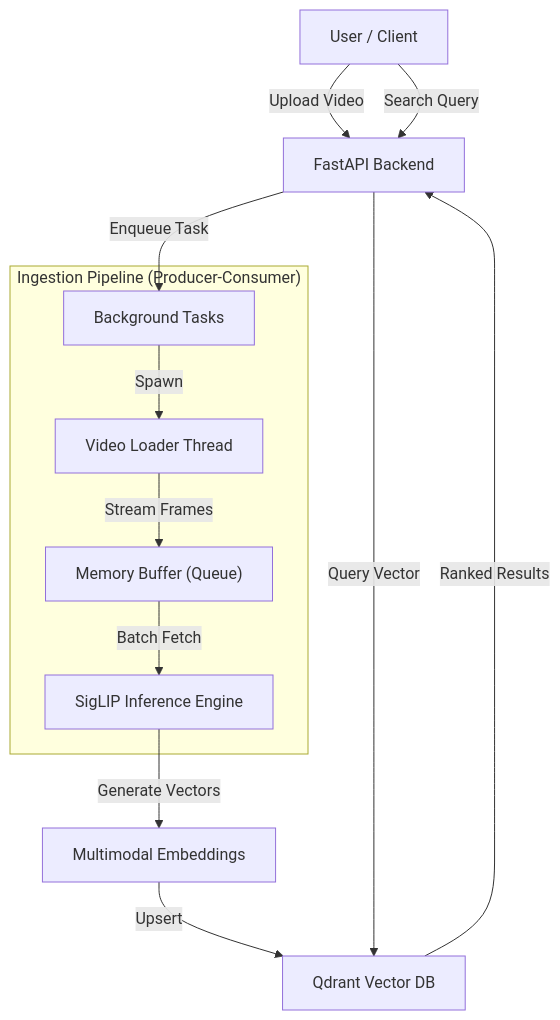
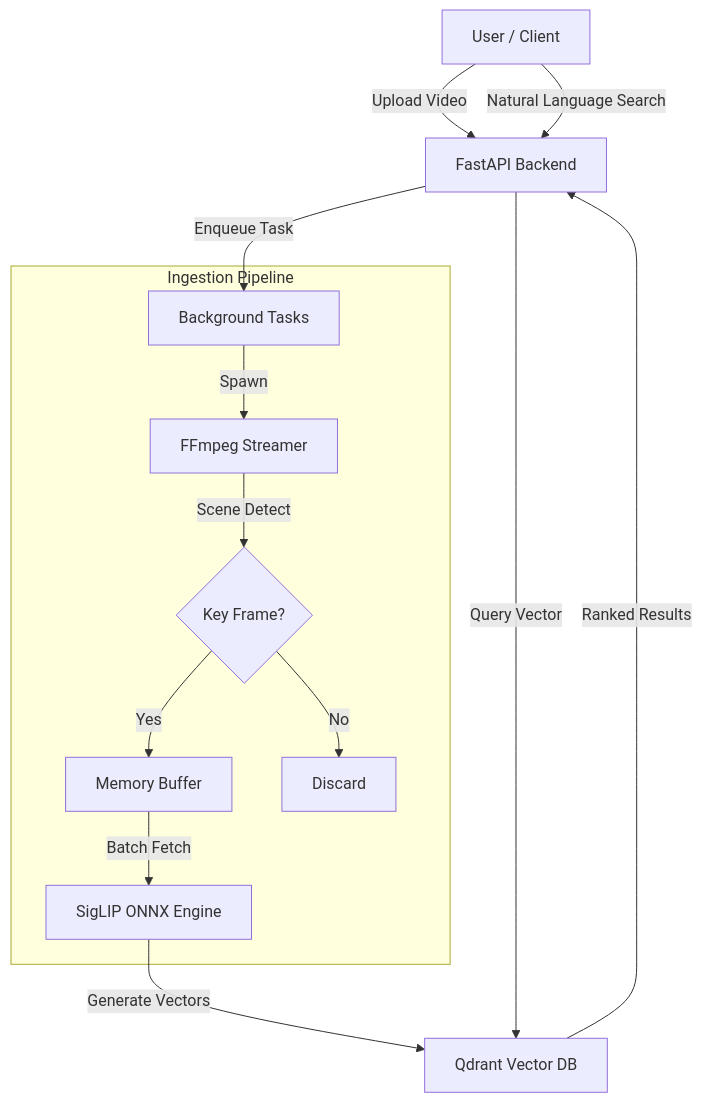
Before and after one commit to A16651/Semantic_Video_Search: the diagram in README.md, drawn with Mermaid. The commit also changed other lines of this file and 9 other files, not shown here.

Commit message:
feat: implement video processing pipeline with scene detection, INT8 model quantization support, and Qdrant database integration.

````diff
--- a/README.md
+++ b/README.md
@@ -29,19 +46,19 @@
 ```mermaid
 graph TD
     User[User / Client] -->|Upload Video| API[FastAPI Backend]
     API -->|Enqueue Task| TaskQueue[Background Tasks]
     
-    subgraph "Ingestion Pipeline (Producer-Consumer)"
-        TaskQueue -->|Spawn| VLoad[Video Loader Thread]
-        VLoad -->|Stream Frames| MemBuf["Memory Buffer (Queue)"]
-        MemBuf -->|Batch Fetch| Inference[SigLIP Inference Engine]
+    subgraph "Ingestion Pipeline"
+        TaskQueue -->|Spawn| VLoad[FFmpeg Streamer]
+        VLoad -->|Scene Detect| Filter{Key Frame?}
+        Filter -->|Yes| MemBuf["Memory Buffer"]
+        Filter -->|No| Skip[Discard]
+        MemBuf -->|Batch Fetch| Inference[SigLIP ONNX Engine]
     end
     
-    Inference -->|Generate Vectors| Embeddings[Multimodal Embeddings]
-    Embeddings -->|Upsert| Qdrant[Qdrant Vector DB]
+    Inference -->|Generate Vectors| Qdrant[Qdrant Vector DB]
     
-    User -->|Search Query| API
+    User -->|Natural Language Search| API
     API -->|Query Vector| Qdrant
     Qdrant -->|Ranked Results| API
-
 ```
````
